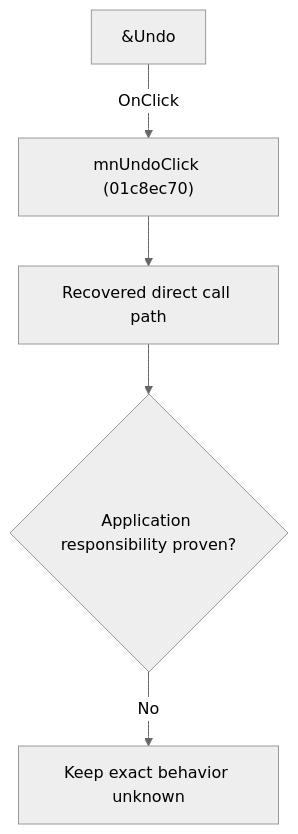
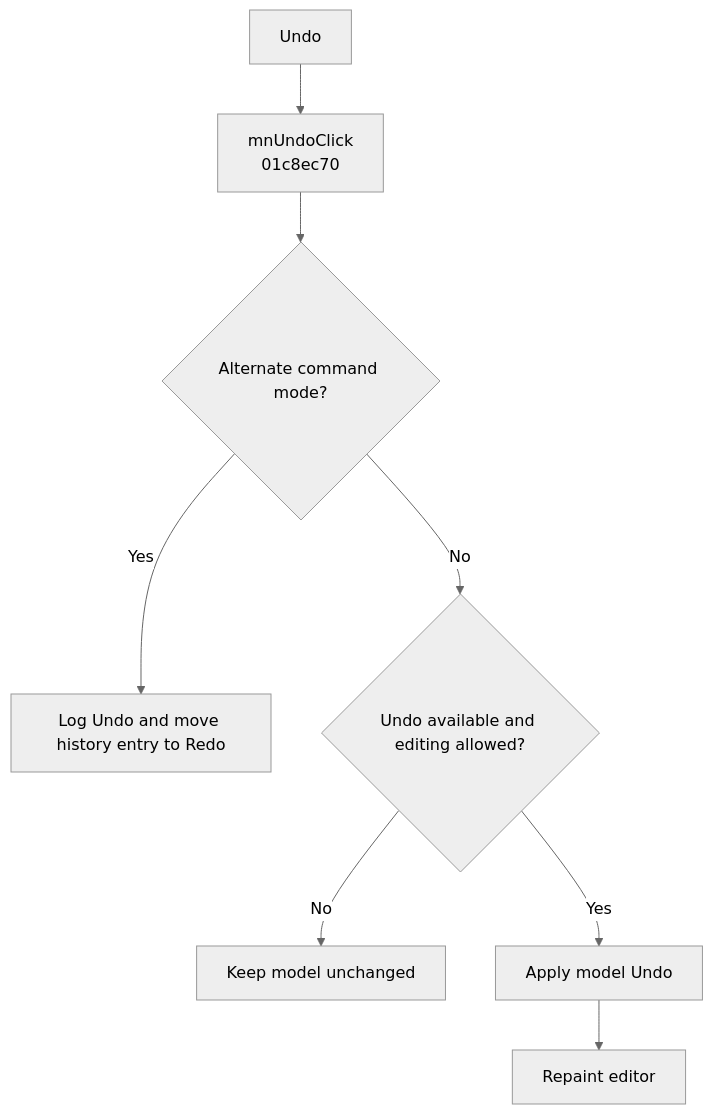
The diagram in docs/ui-controls/schematiceditor/mnundo-bd040d21a9.md (MovGP0/TIARA), drawn with Mermaid (neutral theme) before and after one commit. The commit also changed other lines of this file and 241 other files, not shown here.

````diff
--- a/docs/ui-controls/schematiceditor/mnundo-bd040d21a9.md
+++ b/docs/ui-controls/schematiceditor/mnundo-bd040d21a9.md
@@ -27,7 +27,10 @@
 ```mermaid
 flowchart TD
-    control["&Undo"] -->|"OnClick"| handler["mnUndoClick (01c8ec70)"]
-    handler --> recovered["Recovered direct call path"]
-    recovered --> gap{"Application responsibility proven?"}
-    gap -->|"No"| blocked["Keep exact behavior unknown"]
+    control["Undo"] --> handler["mnUndoClick<br/>01c8ec70"]
+    handler --> mode{"Alternate command mode?"}
+    mode -->|"Yes"| alternate["Log Undo and move history entry to Redo"]
+    mode -->|"No"| allowed{"Undo available and editing allowed?"}
+    allowed -->|"No"| noOp["Keep model unchanged"]
+    allowed -->|"Yes"| execute["Apply model Undo"]
+    execute --> repaint["Repaint editor"]
 ```
````
